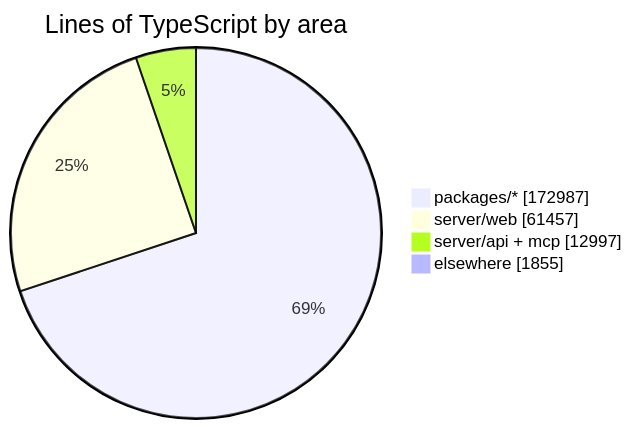
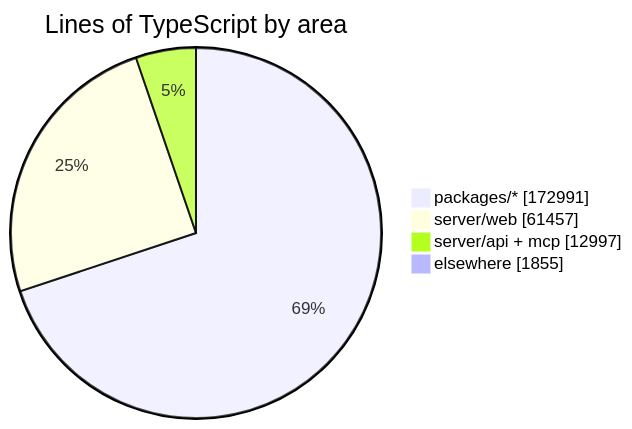
One commit to crossworks-engineering/mantle changed the diagram in README.md. Above: the diagram before and after it, drawn with Mermaid. The commit also changed other lines of this file and 2 other files, not shown here.

````diff
--- a/README.md
+++ b/README.md
@@ -279,7 +279,7 @@
 ```mermaid
 pie showData title Lines of TypeScript by area
-    "packages/*" : 172987
+    "packages/*" : 172991
     "server/web" : 61457
     "server/api + mcp" : 12997
     "elsewhere" : 1855
 ```
````
